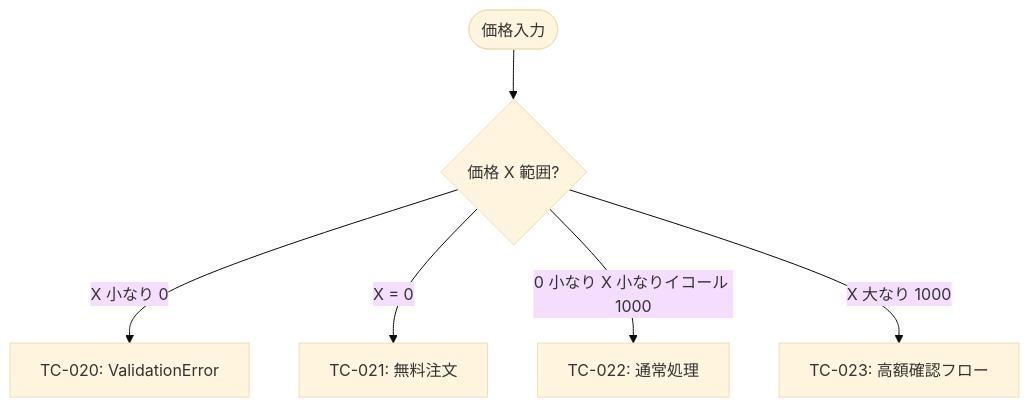
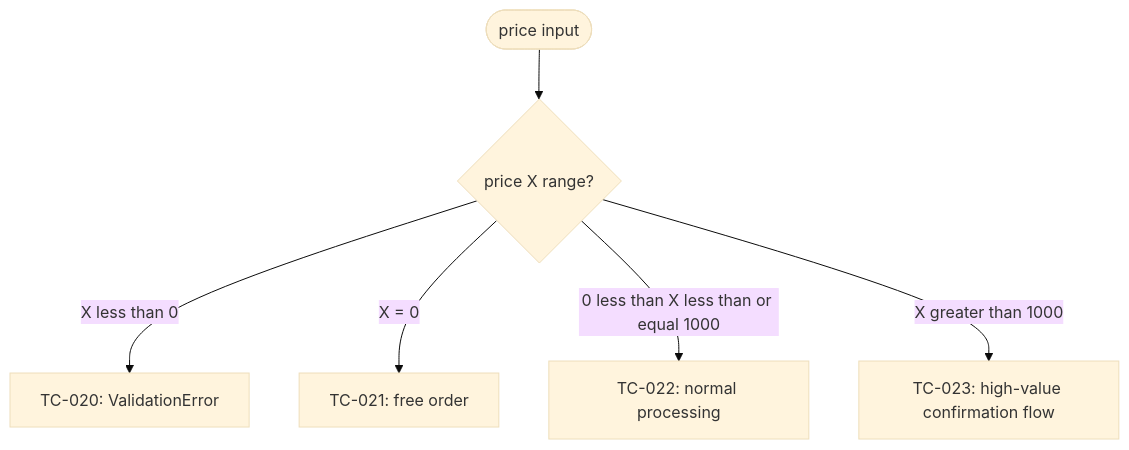
The third of 5 diagrams in plugins/dev-workflow/skills/share-artifacts/references/qa-flow.md (totto2727-org/monorepo), drawn with Mermaid (base theme) before and after one commit. The commit also changed other lines of this file and 37 other files, not shown here.

````diff
--- a/plugins/dev-workflow/skills/share-artifacts/references/qa-flow.md
+++ b/plugins/dev-workflow/skills/share-artifacts/references/qa-flow.md
@@ -125,8 +125,8 @@
 ```mermaid
 flowchart TD
-  Start([価格入力]) --> R{価格 X 範囲?}
-  R -->|X 小なり 0| TC20[TC-020: ValidationError]
-  R -->|X = 0| TC21[TC-021: 無料注文]
-  R -->|0 小なり X 小なりイコール 1000| TC22[TC-022: 通常処理]
-  R -->|X 大なり 1000| TC23[TC-023: 高額確認フロー]
+  Start([price input]) --> R{price X range?}
+  R -->|X less than 0| TC20[TC-020: ValidationError]
+  R -->|X = 0| TC21[TC-021: free order]
+  R -->|0 less than X less than or equal 1000| TC22[TC-022: normal processing]
+  R -->|X greater than 1000| TC23[TC-023: high-value confirmation flow]
 ```
````
